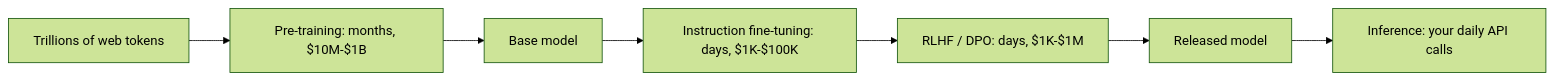
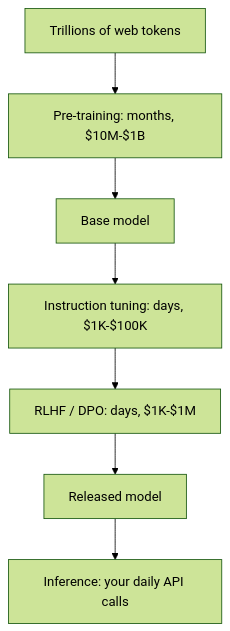
One commit to tonyx1998/modern-ai-engineer-guide changed the first of 2 diagrams in docs/01-foundations/training-vs-inference.md. Above: the diagram before and after it, drawn with Mermaid (forest theme). The commit also changed 10 other files, not shown here.

First line of the commit message:
Improve diagram legibility and fix broken Mermaid

````diff
--- a/docs/01-foundations/training-vs-inference.md
+++ b/docs/01-foundations/training-vs-inference.md
@@ -24,9 +24,9 @@
 ```mermaid
-flowchart LR
-    A[Trillions of web tokens] --> B[Pre-training: months, $10M-$1B]
-    B --> C[Base model]
-    C --> D[Instruction fine-tuning: days, $1K-$100K]
-    D --> E[RLHF / DPO: days, $1K-$1M]
-    E --> F[Released model]
-    F --> G[Inference: your daily API calls]
+flowchart TB
+    A["Trillions of web tokens"] --> B["Pre-training: months, $10M-$1B"]
+    B --> C["Base model"]
+    C --> D["Instruction tuning: days, $1K-$100K"]
+    D --> E["RLHF / DPO: days, $1K-$1M"]
+    E --> F["Released model"]
+    F --> G["Inference: your daily API calls"]
 ```
````
